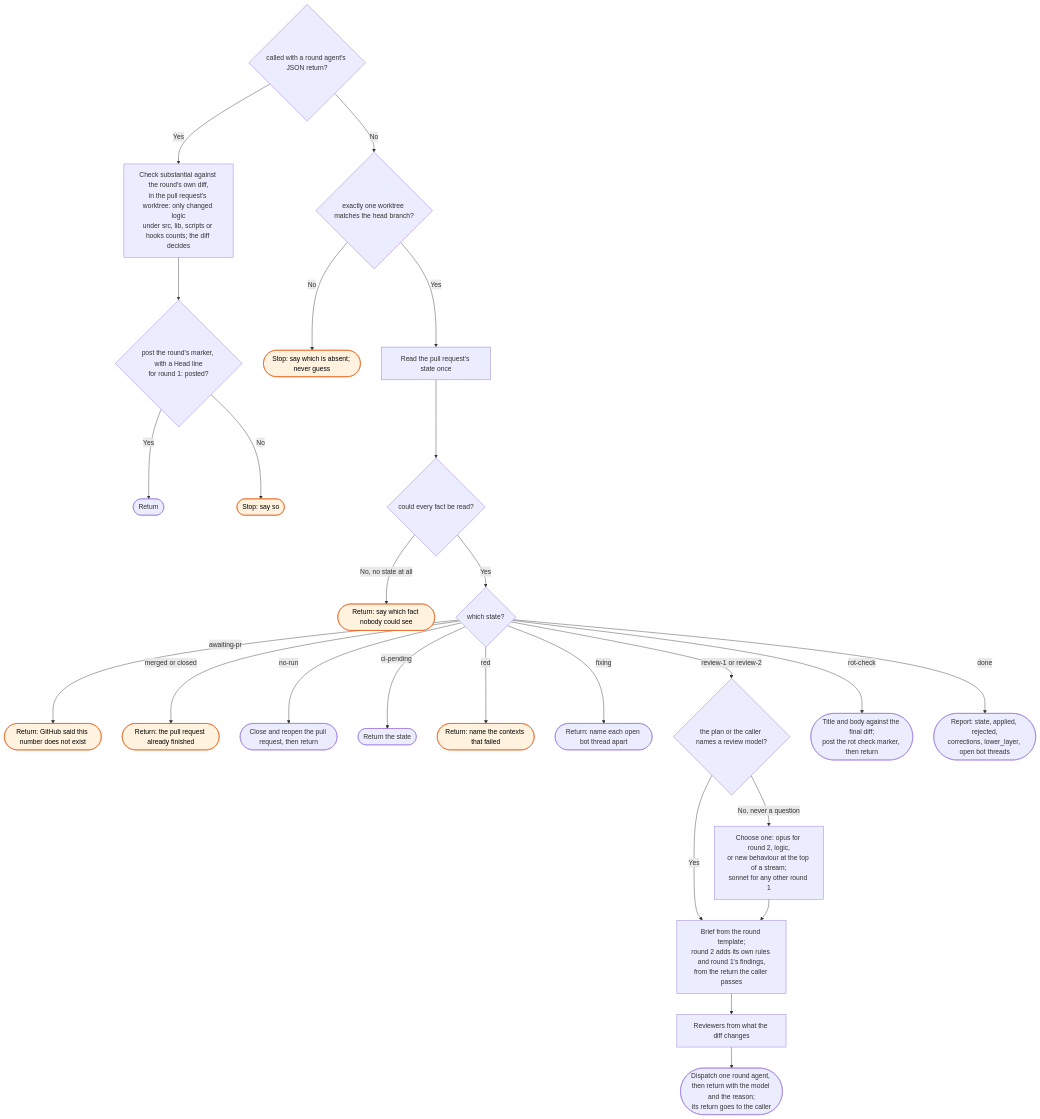
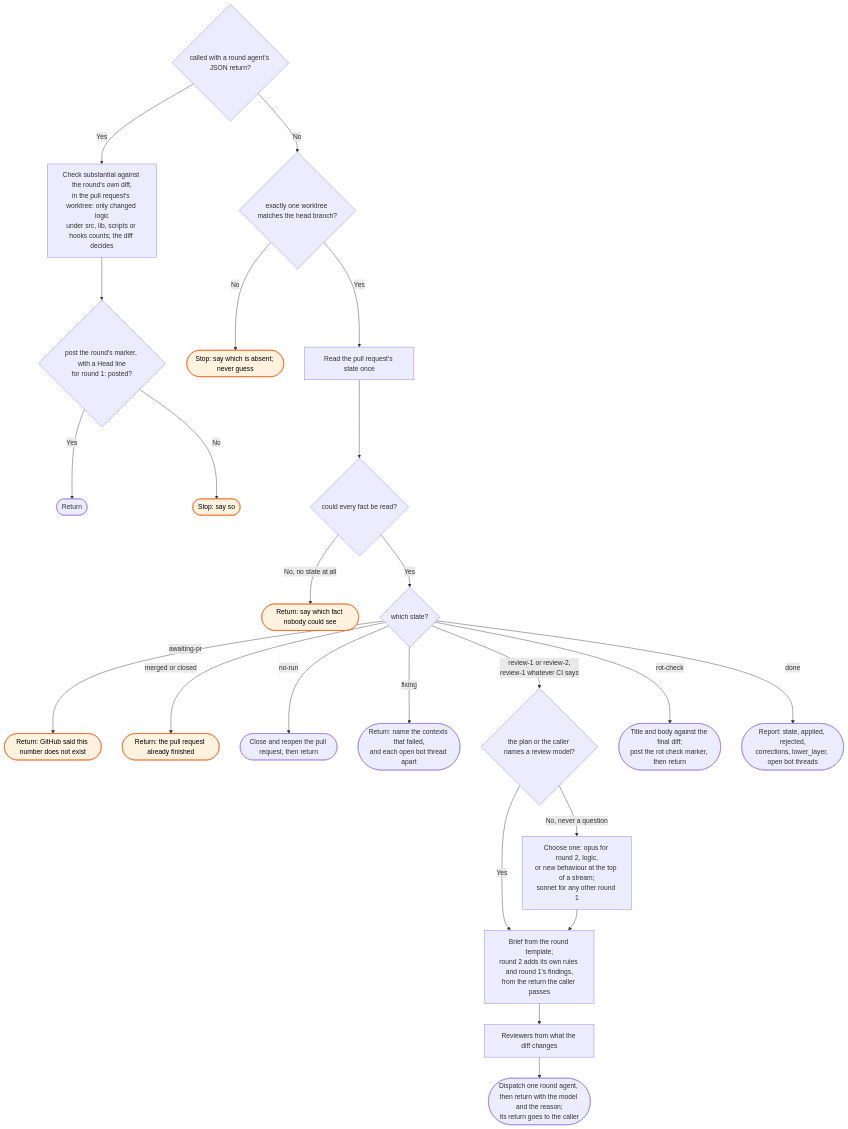
One commit to bje-settings/claude changed the diagram in docs/flows/workstreams/review/_skill-flow.md. Above: the diagram before and after it, drawn with Mermaid. The commit also changed other lines of this file and 10 other files, not shown here.

Commit message:
fix(workstreams): review on open, agents return after the push

````diff
--- a/docs/flows/workstreams/review/_skill-flow.md
+++ b/docs/flows/workstreams/review/_skill-flow.md
@@ -15,34 +15,32 @@
 ```mermaid
 flowchart TD
     R0{called with a round agent's JSON return?}
     R0 -->|Yes| RS[Check substantial against the round's own diff,<br/>in the pull request's worktree: only changed logic<br/>under src, lib, scripts or hooks counts; the diff decides]
     RS --> R2{post the round's marker, with a Head line<br/>for round 1: posted?}
     R2 -->|Yes| R1([Return])
     R2 -->|No| R3([Stop: say so]):::stop
     R0 -->|No| W{exactly one worktree matches the head branch?}
     W -->|No| W1([Stop: say which is absent; never guess]):::stop
     W -->|Yes| C[Read the pull request's state once]
 
     C --> D{could every fact be read?}
     D -->|No, no state at all| D1([Return: say which fact nobody could see]):::stop
     D -->|Yes| E{which state?}
 
     E -->|awaiting-pr| E1([Return: GitHub said this number does not exist]):::stop
     E -->|merged or closed| E1b([Return: the pull request already finished]):::stop
     E -->|no-run| F([Close and reopen the pull request, then return])
-    E -->|ci-pending| G([Return the state])
-    E -->|red| G1([Return: name the contexts that failed]):::stop
-    E -->|fixing| G2([Return: name each open bot thread apart])
+    E -->|fixing| G2([Return: name the contexts that failed,<br/>and each open bot thread apart])
 
-    E -->|review-1 or review-2| M{the plan or the caller names a review model?}
+    E -->|review-1 or review-2,<br/>review-1 whatever CI says| M{the plan or the caller names a review model?}
     M -->|Yes| I
     M -->|No, never a question| M1[Choose one: opus for round 2, logic,<br/>or new behaviour at the top of a stream;<br/>sonnet for any other round 1] --> I
     I[Brief from the round template;<br/>round 2 adds its own rules and round 1's findings,<br/>from the return the caller passes]
     I --> J[Reviewers from what the diff changes]
     J --> K([Dispatch one round agent, then return with the model and the reason;<br/>its return goes to the caller])
 
     E -->|rot-check| Q([Title and body against the final diff;<br/>post the rot check marker, then return])
     E -->|done| S([Report: state, applied, rejected,<br/>corrections, lower_layer, open bot threads])
 
     classDef stop fill:#fff3e0,stroke:#e65100,color:#000
 ```
````
